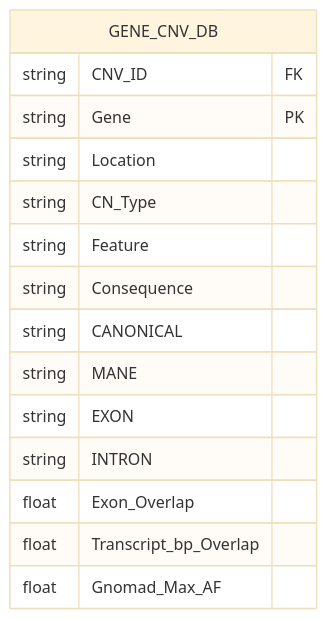
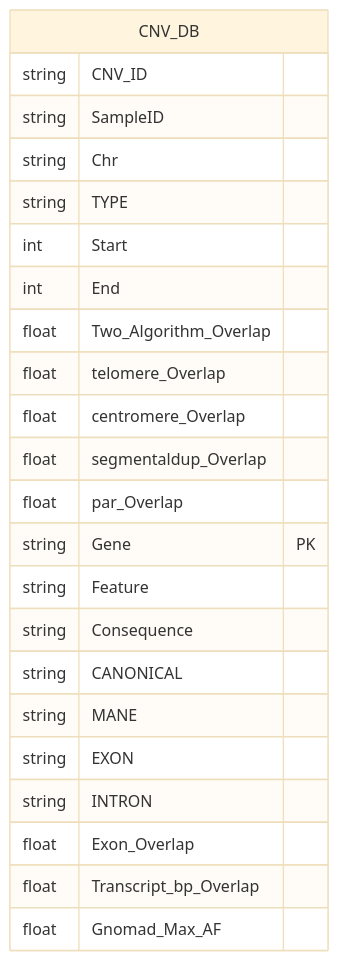
Before and after one commit to JacquemontLab/CNV-Annotation: the second of 3 diagrams in README.md, drawn with Mermaid (base theme). The commit also changed other lines of this file and 5 other files, not shown here.

````diff
--- a/README.md
+++ b/README.md
@@ -38,18 +30,27 @@
-```mermaid
+ ```mermaid
 erDiagram
-GENE_CNV_DB {
-        string CNV_ID FK
-		string Gene PK
-        string Location
-        string CN_Type
-        string Feature
-        string Consequence
-        string CANONICAL
-        string MANE
-        string EXON
-        string INTRON
-        float Exon_Overlap
-        float Transcript_bp_Overlap
-        float Gnomad_Max_AF
+CNV_DB {
+    string CNV_ID
+    string SampleID
+    string Chr
+    string TYPE
+    int Start
+    int End
+    float Two_Algorithm_Overlap
+    float telomere_Overlap
+    float centromere_Overlap
+    float segmentaldup_Overlap
+    float par_Overlap
+    string Gene PK
+    string Feature
+    string Consequence
+    string CANONICAL
+    string MANE
+    string EXON
+    string INTRON
+    float Exon_Overlap
+    float Transcript_bp_Overlap
+    float Gnomad_Max_AF
+
 }
 ```
````
